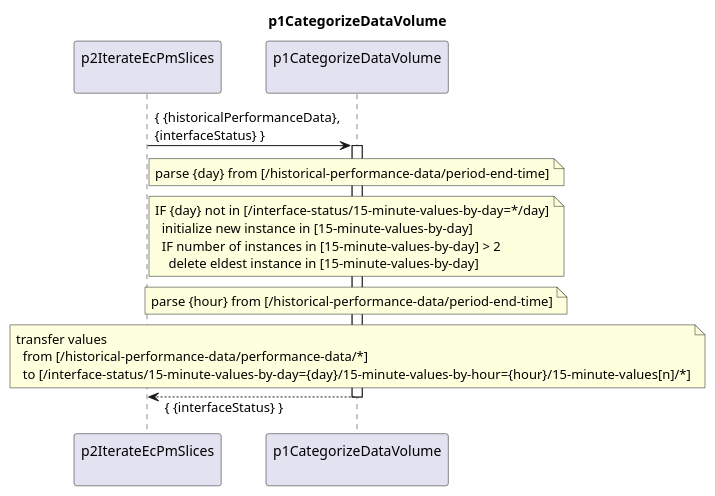
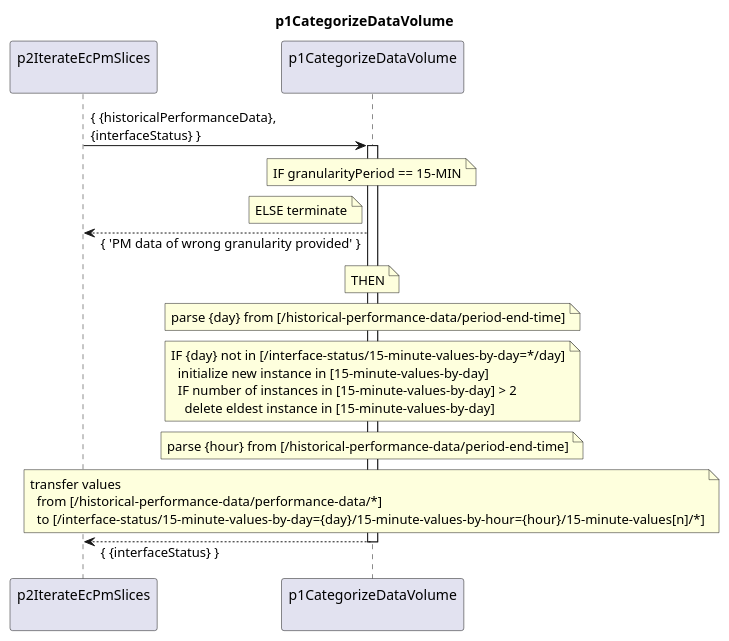
Before and after one commit to openBackhaul/DevicePerformanceManagementDataProcessor: the diagram in spec/Functions/p1StreamPmData/p2ProcessDevice/p2CreateResultCc/p2IterateEcPmSlices/p1CategorizeDataVolume/1.0.0/p1CategorizeDataVolume.plantuml, drawn with PlantUML. The commit also changed 15 other files, not shown here.

```diff
--- a/spec/Functions/p1StreamPmData/p2ProcessDevice/p2CreateResultCc/p2IterateEcPmSlices/p1CategorizeDataVolume/1.0.0/p1CategorizeDataVolume.plantuml
+++ b/spec/Functions/p1StreamPmData/p2ProcessDevice/p2CreateResultCc/p2IterateEcPmSlices/p1CategorizeDataVolume/1.0.0/p1CategorizeDataVolume.plantuml
@@ -1,42 +1,55 @@
 @startuml p1CategorizeDataVolume
 skinparam responseMessageBelowArrow true
 
 title
   p1CategorizeDataVolume
 end title
 
 participant "p2IterateEcPmSlices\n" as cur
 
 participant "p1CategorizeDataVolume\n" as p1CatDataVo
 
 
 cur -> p1CatDataVo : { {historicalPerformanceData},\n{interfaceStatus} }
 activate p1CatDataVo
+
+  note over p1CatDataVo
+    IF granularityPeriod == 15-MIN
+  end note
+
+  note left p1CatDataVo
+    ELSE terminate
+  end note
+  cur <-- p1CatDataVo : { 'PM data of wrong granularity provided' }
+
+  note over p1CatDataVo
+    THEN
+  end note
 
   note over p1CatDataVo
     parse {day} from [/historical-performance-data/period-end-time]
   end note
 
   note over p1CatDataVo
     IF {day} not in [/interface-status/15-minute-values-by-day=*/day]
       initialize new instance in [15-minute-values-by-day]
       IF number of instances in [15-minute-values-by-day] > 2
         delete eldest instance in [15-minute-values-by-day]
   end note
 
   note over p1CatDataVo
     parse {hour} from [/historical-performance-data/period-end-time]
   end note
 
   note over p1CatDataVo
     transfer values
       from [/historical-performance-data/performance-data/*] 
       to [/interface-status/15-minute-values-by-day={day}/15-minute-values-by-hour={hour}/15-minute-values[n]/*]
   end note
 
 cur <-- p1CatDataVo : { {interfaceStatus} }
 deactivate p1CatDataVo
 
 deactivate cur
 
 @enduml
```
